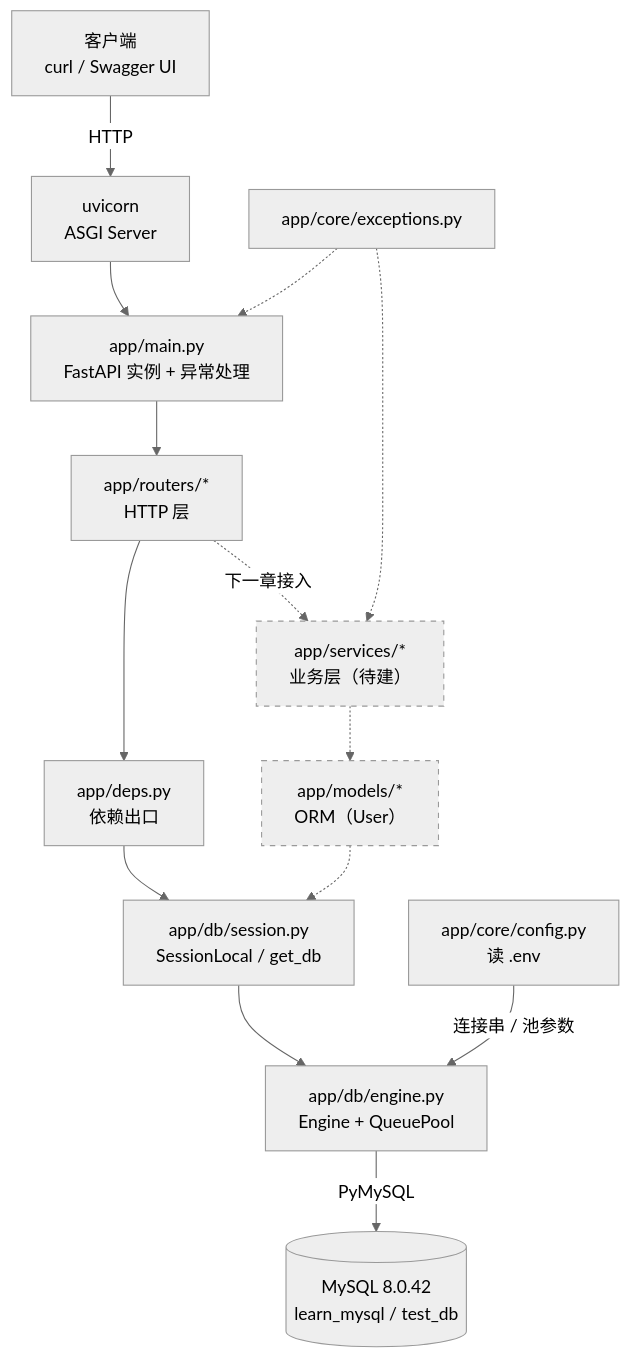
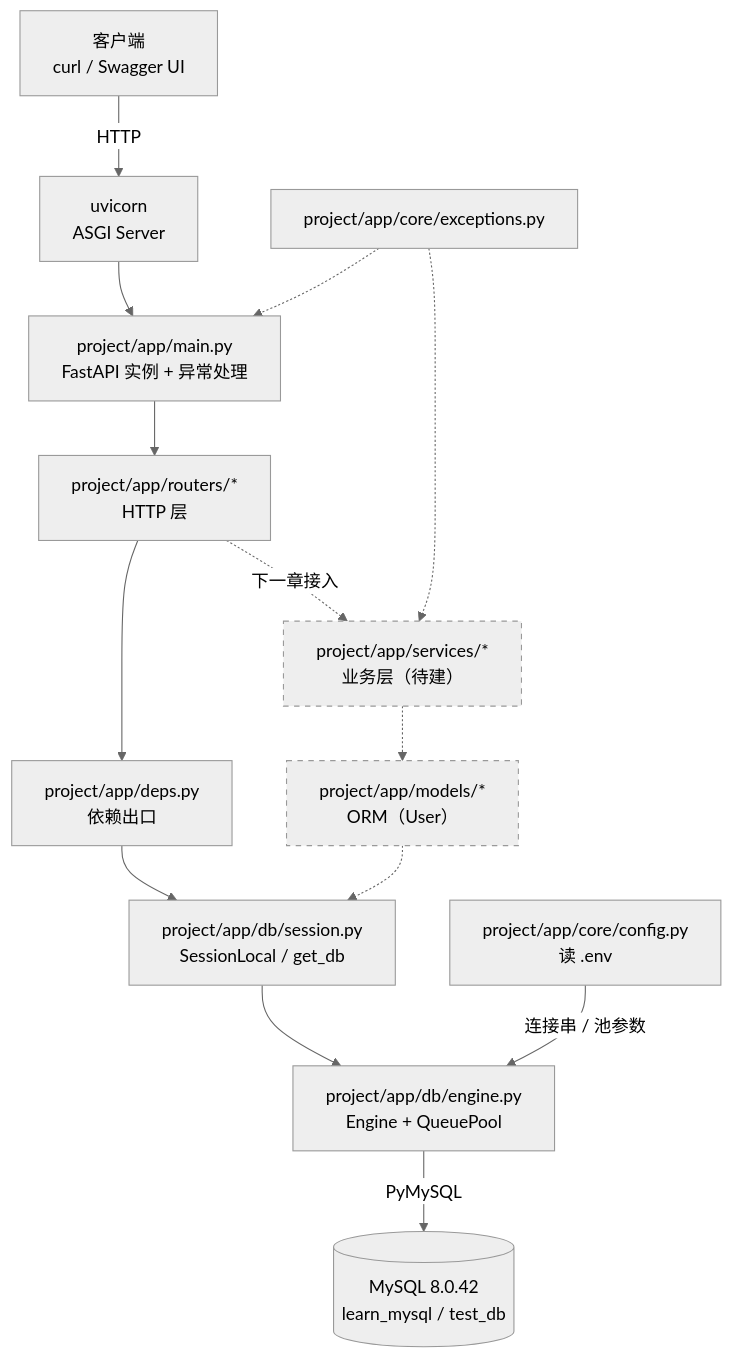
The first of 2 diagrams in docs/ARCHITECTURE.md (hqw77/mysql-learn), drawn with Mermaid (neutral theme) before and after one commit. The commit also changed other lines of this file and 64 other files, not shown here.

````diff
--- a/docs/ARCHITECTURE.md
+++ b/docs/ARCHITECTURE.md
@@ -169,35 +165,35 @@
 ```mermaid
 flowchart TD
     client["客户端<br/>curl / Swagger UI"]
     uvicorn["uvicorn<br/>ASGI Server"]
-    main["app/main.py<br/>FastAPI 实例 + 异常处理"]
-    router["app/routers/*<br/>HTTP 层"]
-    deps["app/deps.py<br/>依赖出口"]
-    session["app/db/session.py<br/>SessionLocal / get_db"]
-    engine["app/db/engine.py<br/>Engine + QueuePool"]
+    main["project/app/main.py<br/>FastAPI 实例 + 异常处理"]
+    router["project/app/routers/*<br/>HTTP 层"]
+    deps["project/app/deps.py<br/>依赖出口"]
+    session["project/app/db/session.py<br/>SessionLocal / get_db"]
+    engine["project/app/db/engine.py<br/>Engine + QueuePool"]
     db[("MySQL 8.0.42<br/>learn_mysql / test_db")]
 
-    services["app/services/*<br/>业务层（待建）"]
-    models["app/models/*<br/>ORM（User）"]
-    config["app/core/config.py<br/>读 .env"]
-    exceptions["app/core/exceptions.py"]
+    services["project/app/services/*<br/>业务层（待建）"]
+    models["project/app/models/*<br/>ORM（User）"]
+    config["project/app/core/config.py<br/>读 .env"]
+    exceptions["project/app/core/exceptions.py"]
 
     client -->|HTTP| uvicorn
     uvicorn --> main
     main --> router
     router --> deps
     deps --> session
     session --> engine
     engine -->|PyMySQL| db
 
     router -.->|下一章接入| services
     services -.-> models
     models -.-> session
 
     config -->|连接串 / 池参数| engine
     exceptions -.-> services
     exceptions -.-> main
 
     style services stroke-dasharray: 5 5
     style models stroke-dasharray: 5 5
 ```
````
